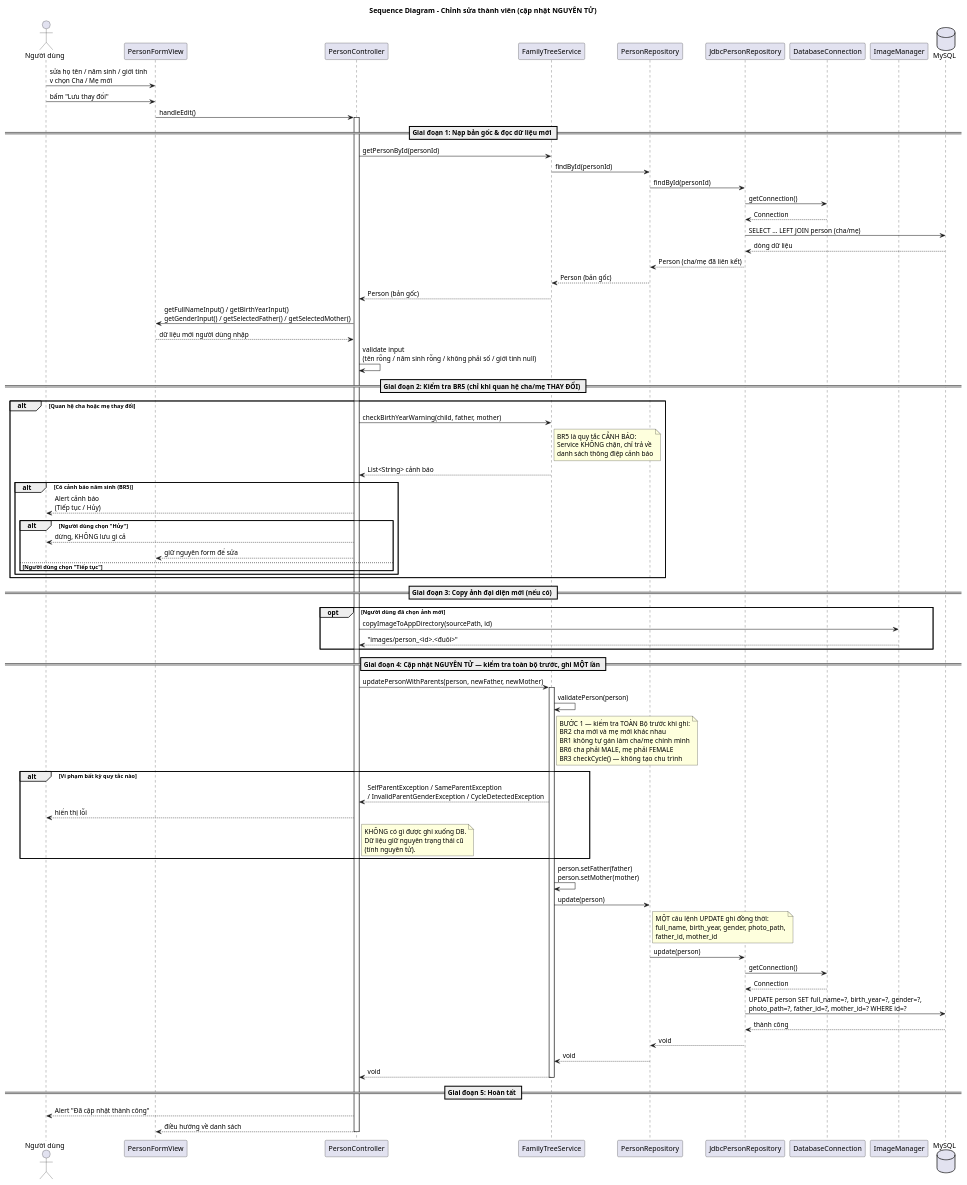
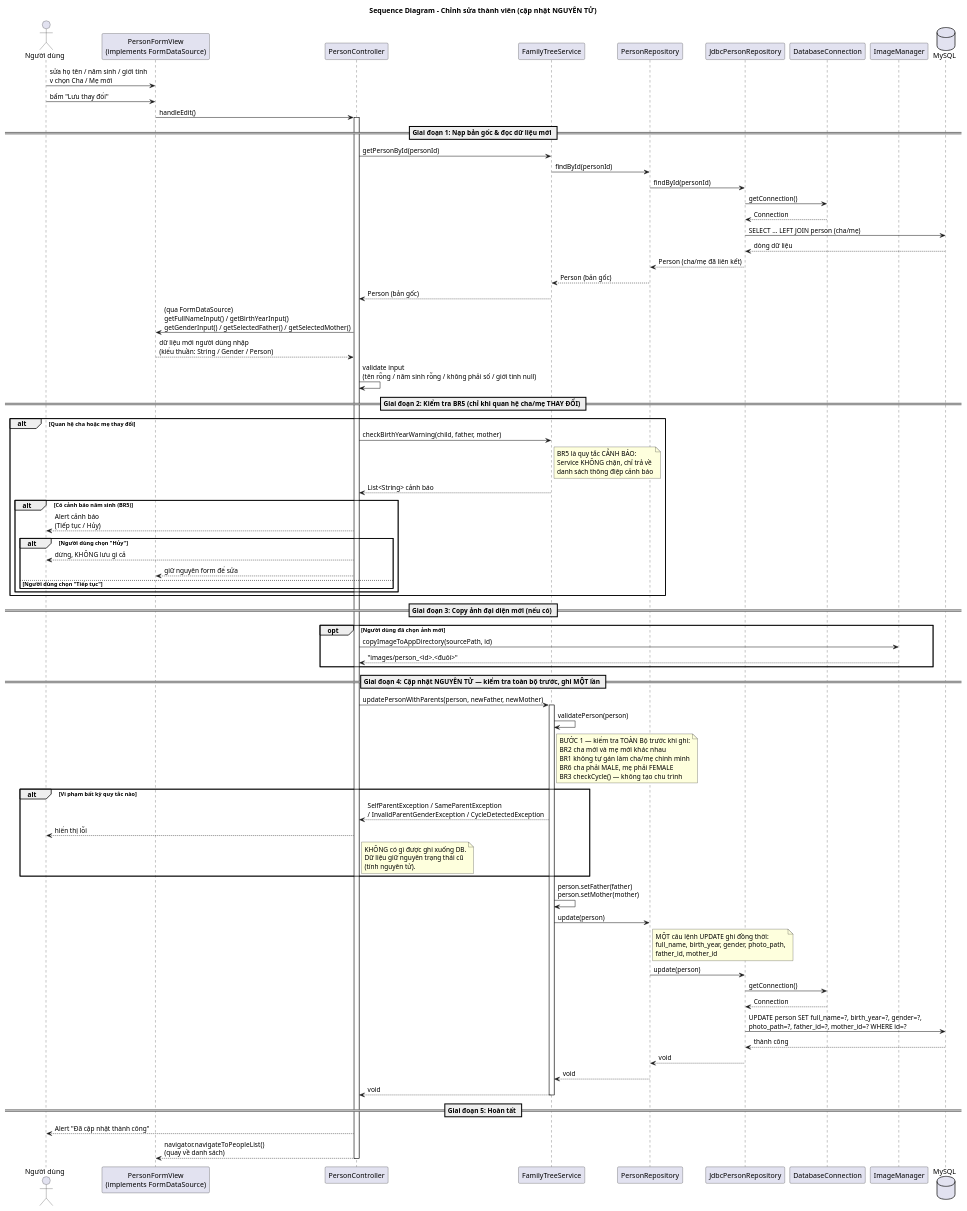
The diagram in docs/uml/sequence-edit-person.puml (minhchien170704/do-an-gia-pha), drawn with PlantUML before and after one commit. The commit also changed 20 other files, not shown here.

Commit message:
refactor(controller): decouple PersonController from concrete views

```diff
--- a/docs/uml/sequence-edit-person.puml
+++ b/docs/uml/sequence-edit-person.puml
@@ -1,115 +1,115 @@
 @startuml sequence-edit-person
 
 title Sequence Diagram - Chỉnh sửa thành viên (cập nhật NGUYÊN TỬ)
 
 actor "Người dùng" as User
-participant "PersonFormView" as FormView
+participant "PersonFormView\n(implements FormDataSource)" as FormView
 participant "PersonController" as Controller
 participant "FamilyTreeService" as Service
 participant "PersonRepository" as Repo
 participant "JdbcPersonRepository" as JdbcRepo
 participant "DatabaseConnection" as DBConn
 participant "ImageManager" as ImageMgr
 database "MySQL" as DB
 
 User -> FormView : sửa họ tên / năm sinh / giới tính\nv chọn Cha / Mẹ mới
 User -> FormView : bấm "Lưu thay đổi"
 FormView -> Controller : handleEdit()
 activate Controller
 
 == Giai đoạn 1: Nạp bản gốc & đọc dữ liệu mới ==
 
 Controller -> Service : getPersonById(personId)
 Service -> Repo : findById(personId)
 Repo -> JdbcRepo : findById(personId)
 JdbcRepo -> DBConn : getConnection()
 DBConn --> JdbcRepo : Connection
 JdbcRepo -> DB : SELECT ... LEFT JOIN person (cha/mẹ)
 DB --> JdbcRepo : dòng dữ liệu
 JdbcRepo --> Repo : Person (cha/mẹ đã liên kết)
 Repo --> Service : Person (bản gốc)
 Service --> Controller : Person (bản gốc)
 
-Controller -> FormView : getFullNameInput() / getBirthYearInput()\ngetGenderInput() / getSelectedFather() / getSelectedMother()
-FormView --> Controller : dữ liệu mới người dùng nhập
+Controller -> FormView : (qua FormDataSource)\ngetFullNameInput() / getBirthYearInput()\ngetGenderInput() / getSelectedFather() / getSelectedMother()
+FormView --> Controller : dữ liệu mới người dùng nhập\n(kiểu thuần: String / Gender / Person)
 
 Controller -> Controller : validate input\n(tên rỗng / năm sinh rỗng / không phải số / giới tính null)
 
 == Giai đoạn 2: Kiểm tra BR5 (chỉ khi quan hệ cha/mẹ THAY ĐỔI) ==
 
 alt Quan hệ cha hoặc mẹ thay đổi
     Controller -> Service : checkBirthYearWarning(child, father, mother)
     note right of Service
       BR5 là quy tắc CẢNH BÁO:
       Service KHÔNG chặn, chỉ trả về
       danh sách thông điệp cảnh báo
     end note
     Service --> Controller : List<String> cảnh báo
 
     alt Có cảnh báo năm sinh (BR5)
         Controller --> User : Alert cảnh báo\n(Tiếp tục / Hủy)
         alt Người dùng chọn "Hủy"
             Controller --> User : dừng, KHÔNG lưu gì cả
             Controller --> FormView : giữ nguyên form để sửa
         else Người dùng chọn "Tiếp tục"
         end
     end
 end
 
 == Giai đoạn 3: Copy ảnh đại diện mới (nếu có) ==
 
 opt Người dùng đã chọn ảnh mới
     Controller -> ImageMgr : copyImageToAppDirectory(sourcePath, id)
     ImageMgr --> Controller : "images/person_<id>.<đuôi>"
 end
 
 == Giai đoạn 4: Cập nhật NGUYÊN TỬ — kiểm tra toàn bộ trước, ghi MỘT lần ==
 
 Controller -> Service : updatePersonWithParents(person, newFather, newMother)
 activate Service
 
 Service -> Service : validatePerson(person)
 
 note right of Service
   BƯỚC 1 — kiểm tra TOÀN Bộ trước khi ghi:
   BR2  cha mới và mẹ mới khác nhau
   BR1  không tự gán làm cha/mẹ chính mình
   BR6  cha phải MALE, mẹ phải FEMALE
   BR3  checkCycle() — không tạo chu trình
 end note
 
 alt Vi phạm bất kỳ quy tắc nào
     Service --> Controller : SelfParentException / SameParentException\n/ InvalidParentGenderException / CycleDetectedException
     Controller --> User : hiển thị lỗi
     note right of Controller
       KHÔNG có gì được ghi xuống DB.
       Dữ liệu giữ nguyên trạng thái cũ
       (tính nguyên tử).
     end note
 end
 
 Service -> Service : person.setFather(father)\nperson.setMother(mother)
 
 Service -> Repo : update(person)
 note right of Repo
   MỘT câu lệnh UPDATE ghi đồng thời:
   full_name, birth_year, gender, photo_path,
   father_id, mother_id
 end note
 Repo -> JdbcRepo : update(person)
 JdbcRepo -> DBConn : getConnection()
 DBConn --> JdbcRepo : Connection
 JdbcRepo -> DB : UPDATE person SET full_name=?, birth_year=?, gender=?,\nphoto_path=?, father_id=?, mother_id=? WHERE id=?
 DB --> JdbcRepo : thành công
 JdbcRepo --> Repo : void
 Repo --> Service : void
 Service --> Controller : void
 deactivate Service
 
 == Giai đoạn 5: Hoàn tất ==
 
 Controller --> User : Alert "Đã cập nhật thành công"
-Controller --> FormView : điều hướng về danh sách
+Controller --> FormView : navigator.navigateToPeopleList()\n(quay về danh sách)
 deactivate Controller
 
 @enduml
```
